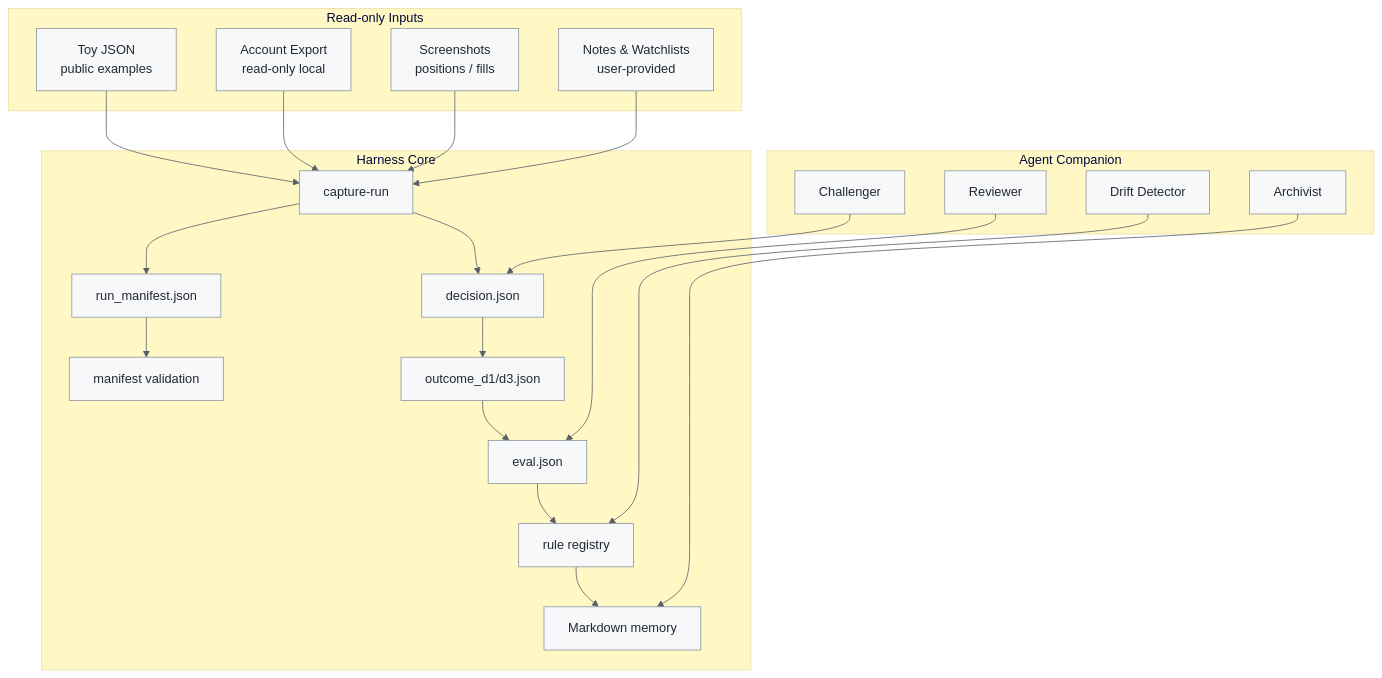
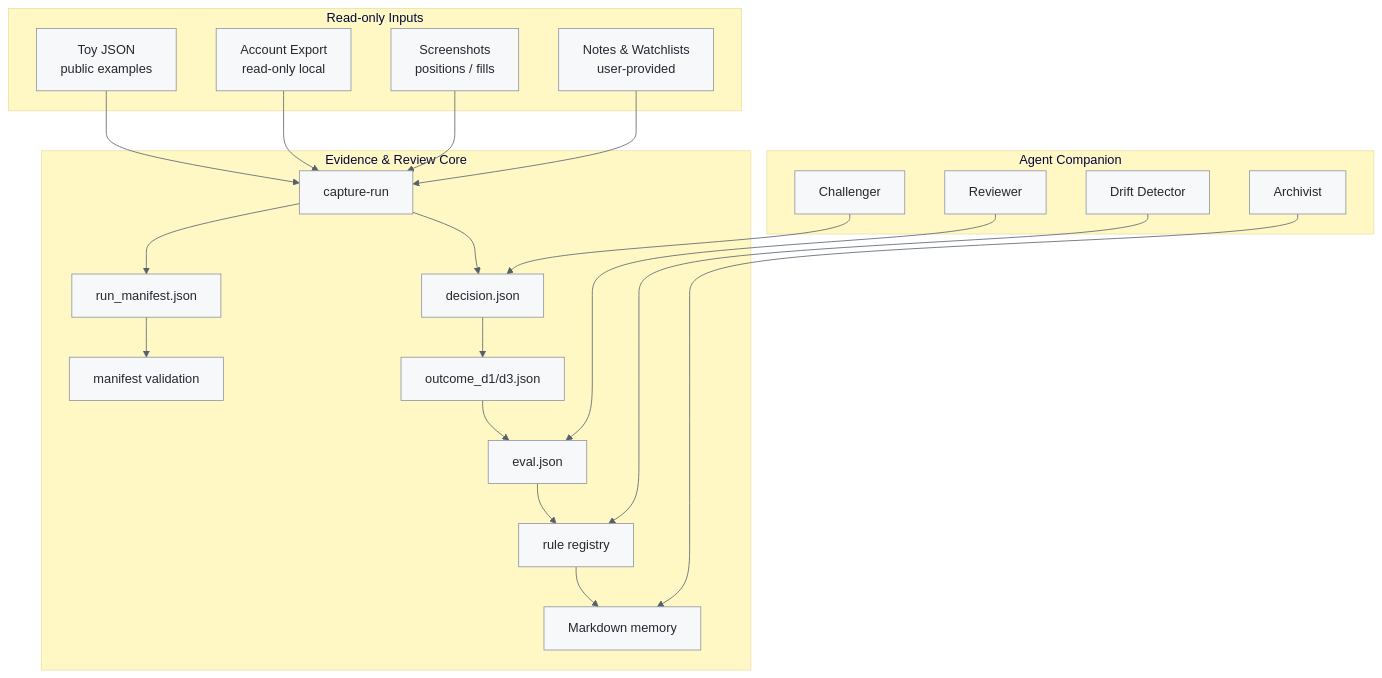
One commit to myc0576/smartmoney-cub-harness changed the diagram in docs/architecture.md. Above: the diagram before and after it, drawn with Mermaid. The commit also changed other lines of this file and 17 other files, not shown here.

````diff
--- a/docs/architecture.md
+++ b/docs/architecture.md
@@ -7,40 +7,40 @@
 ```mermaid
 %%{init: {"theme": "base", "themeVariables": {"primaryColor": "#f6f8fa", "primaryTextColor": "#24292f", "primaryBorderColor": "#8c959f", "lineColor": "#57606a", "secondaryColor": "#ddf4ff", "tertiaryColor": "#fff8c5"}}}%%
 flowchart TD
   subgraph Inputs["Read-only Inputs"]
     I1["Toy JSON<br/>public examples"]
     I2["Account Export<br/>read-only local"]
     I3["Screenshots<br/>positions / fills"]
     I4["Notes & Watchlists<br/>user-provided"]
   end
 
-  subgraph Core["Harness Core"]
+  subgraph Core["Evidence & Review Core"]
     C1["capture-run"]
     C2["run_manifest.json"]
     C3["decision.json"]
     C4["manifest validation"]
     C5["outcome_d1/d3.json"]
     C6["eval.json"]
     C7["rule registry"]
     C8["Markdown memory"]
   end
 
   subgraph Agent["Agent Companion"]
     A1["Reviewer"]
     A2["Challenger"]
     A3["Archivist"]
     A4["Drift Detector"]
   end
 
   I1 --> C1
   I2 --> C1
   I3 --> C1
   I4 --> C1
   C1 --> C2 --> C4
   C1 --> C3
   C3 --> C5 --> C6 --> C7 --> C8
   A1 --> C6
   A2 --> C3
   A3 --> C8
   A4 --> C7
 ```
````
